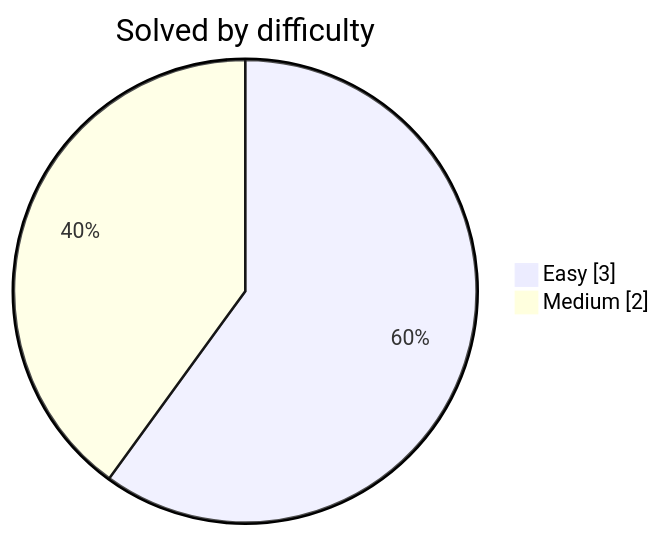
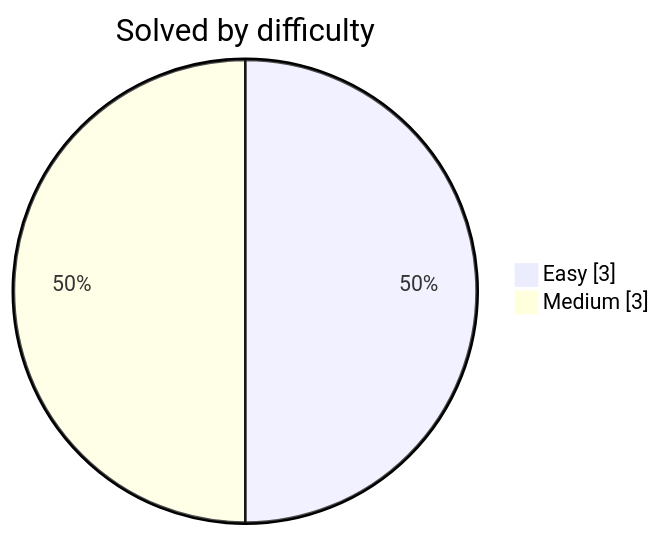
Before and after one commit to DwijeshD/leetcode-solutions: the diagram in README.md, drawn with Mermaid. The commit also changed other lines of this file and 2 other files, not shown here.

````diff
--- a/README.md
+++ b/README.md
@@ -31,6 +31,6 @@
 ```mermaid
 pie showData
     title Solved by difficulty
     "Easy" : 3
-    "Medium" : 2
+    "Medium" : 3
 ```
````
